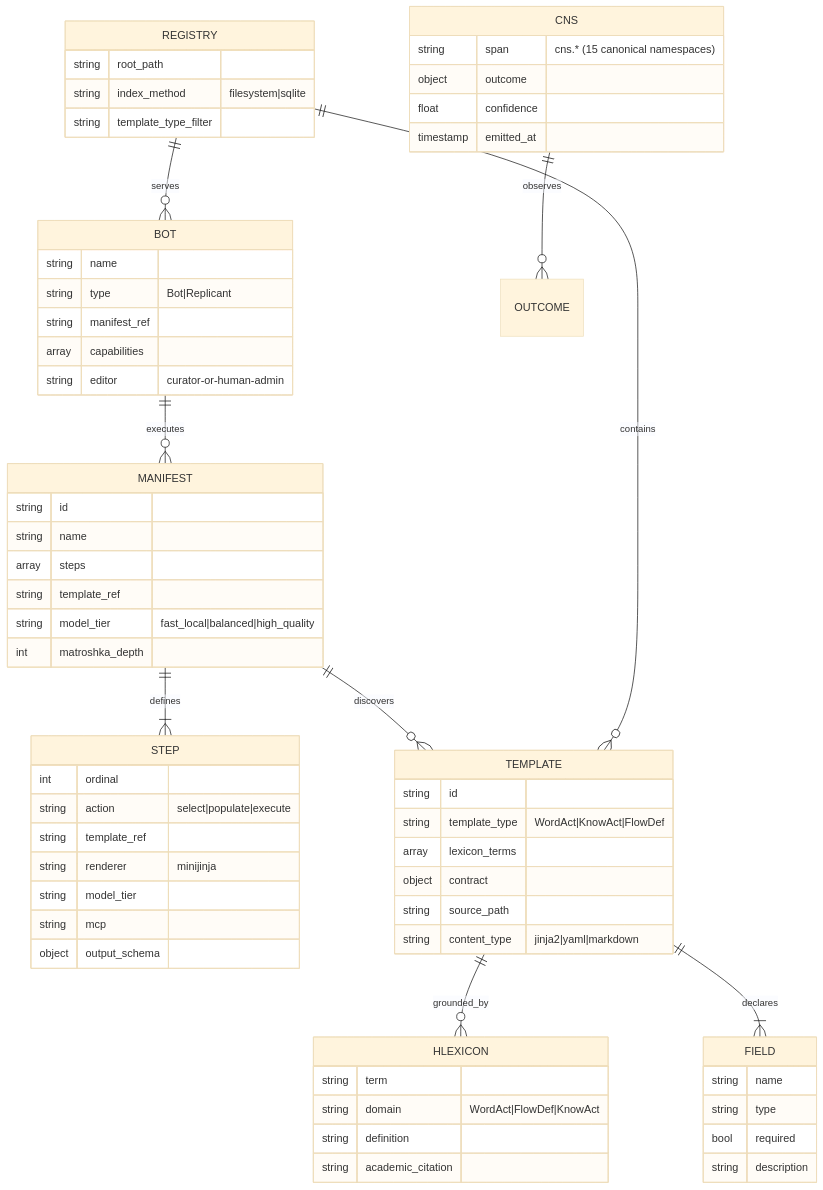
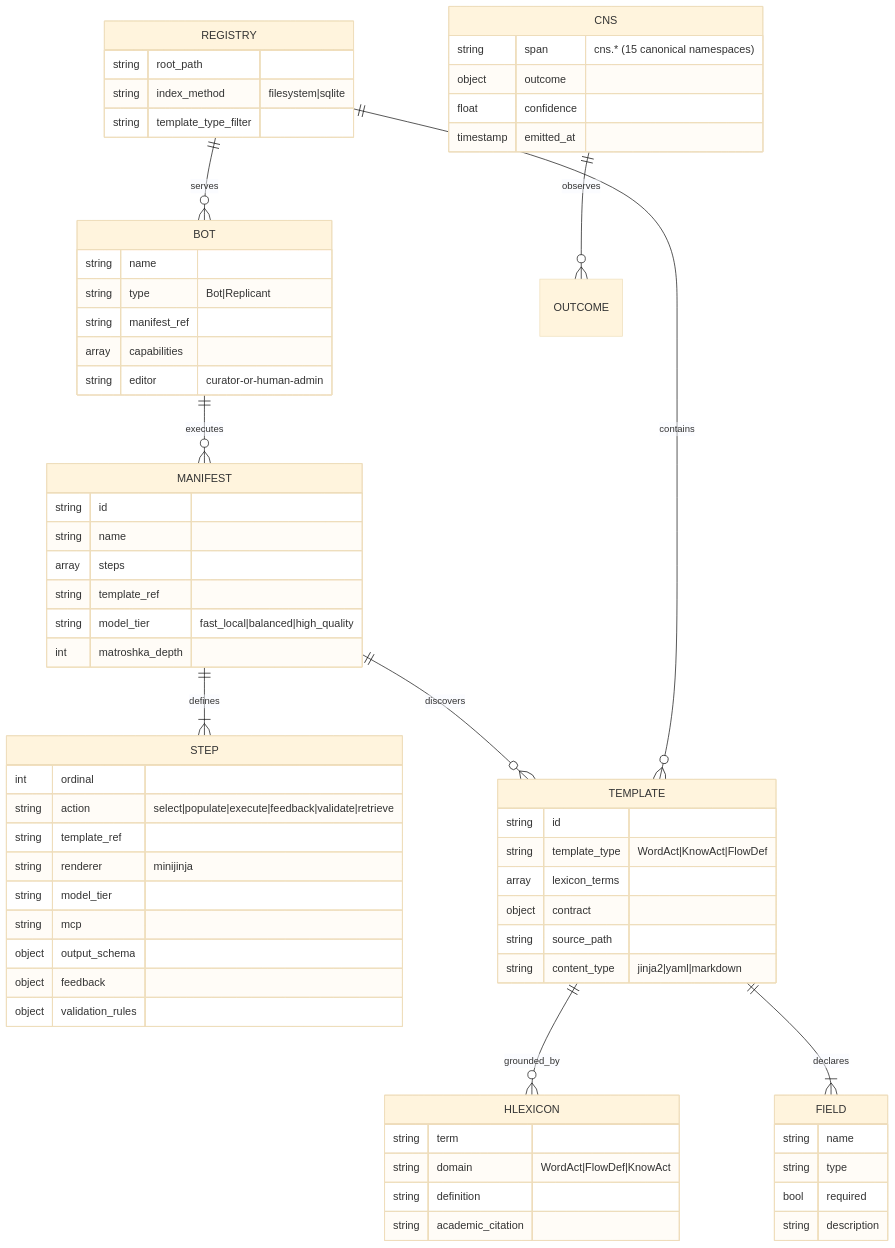
Before and after one commit to mdz-axo/hKask: the first of 6 diagrams in docs/architecture/reference/hKask-erd.md, drawn with Mermaid (base theme). The commit also changed other lines of this file and 33 other files, not shown here.

````diff
--- a/docs/architecture/reference/hKask-erd.md
+++ b/docs/architecture/reference/hKask-erd.md
@@ -38,74 +38,76 @@
 ```mermaid
 erDiagram
     BOT ||--o{ MANIFEST : executes
     MANIFEST ||--|{ STEP : defines
     MANIFEST ||--o{ TEMPLATE : discovers
     TEMPLATE ||--o{ HLEXICON : grounded_by
     TEMPLATE ||--|{ FIELD : declares
     REGISTRY ||--o{ TEMPLATE : contains
     CNS ||--o{ OUTCOME : observes
     REGISTRY ||--o{ BOT : serves
     
     BOT {
         string name
         string type "Bot|Replicant"
         string manifest_ref
         array capabilities
         string editor "curator-or-human-admin"
     }
     
     MANIFEST {
         string id
         string name
         array steps
         string template_ref
         string model_tier "fast_local|balanced|high_quality"
         int matroshka_depth
     }
     
     STEP {
         int ordinal
-        string action "select|populate|execute"
+        string action "select|populate|execute|feedback|validate|retrieve"
         string template_ref
         string renderer "minijinja"
         string model_tier
         string mcp
         object output_schema
+        object feedback
+        object validation_rules
     }
     
     TEMPLATE {
         string id
         string template_type "WordAct|KnowAct|FlowDef"
         array lexicon_terms
         object contract
         string source_path
         string content_type "jinja2|yaml|markdown"
     }
     
     FIELD {
         string name
         string type
         bool required
         string description
     }
     
     HLEXICON {
         string term
         string domain "WordAct|FlowDef|KnowAct"
         string definition
         string academic_citation
     }
     
     REGISTRY {
         string root_path
         string index_method "filesystem|sqlite"
         string template_type_filter
     }
     
     CNS {
         string span "cns.* (15 canonical namespaces)"
         object outcome
         float confidence
         timestamp emitted_at
     }
 ```
````
